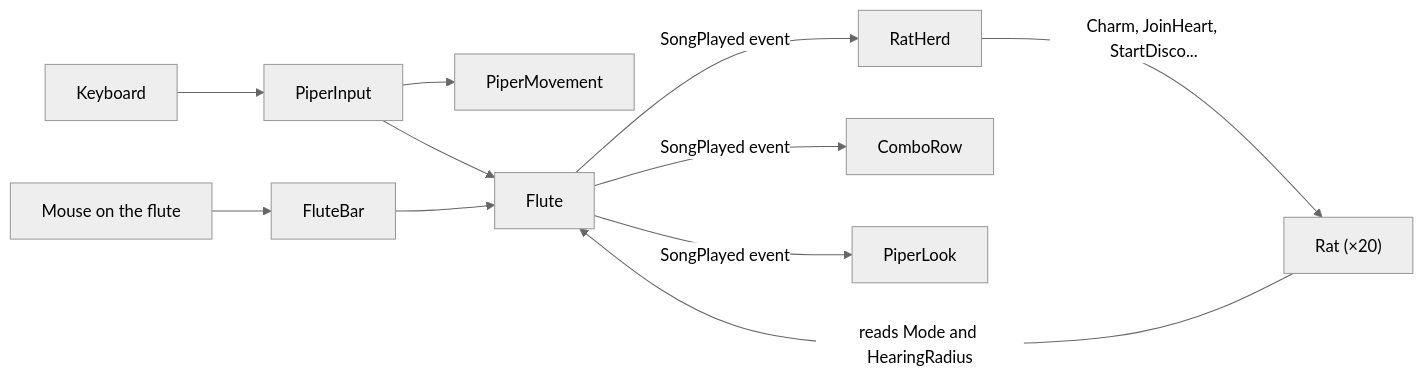
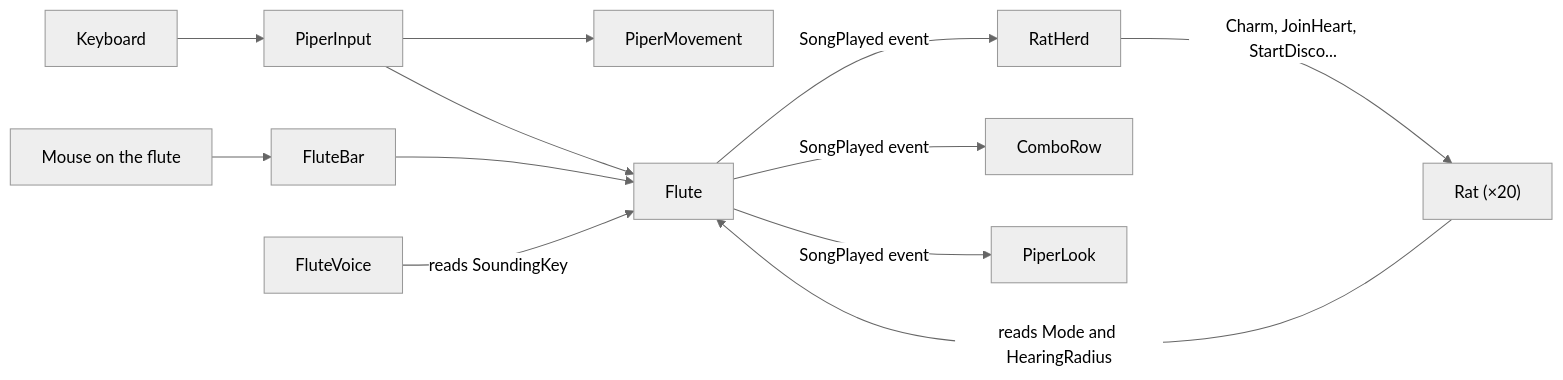
The diagram in Assets/_Project/README.md (EldadStyleZ/DigitalStory---Team6), drawn with Mermaid (neutral theme) before and after one commit. The commit also changed other lines of this file and 35 other files, not shown here.

````diff
--- a/Assets/_Project/README.md
+++ b/Assets/_Project/README.md
@@ -97,13 +101,14 @@
 ```mermaid
 flowchart LR
     Keys["Keyboard"] --> Input["PiperInput"]
     Mouse["Mouse on the flute"] --> Bar["FluteBar"]
     Input --> Move["PiperMovement"]
     Input --> Flute["Flute"]
     Bar --> Flute
     Flute -- "SongPlayed event" --> Herd["RatHerd"]
     Flute -- "SongPlayed event" --> Row["ComboRow"]
     Flute -- "SongPlayed event" --> Look["PiperLook"]
+    Voice["FluteVoice"] -- "reads SoundingKey" --> Flute
     Herd -- "Charm, JoinHeart, StartDisco..." --> Rat["Rat (×20)"]
     Rat -- "reads Mode and HearingRadius" --> Flute
 ```
````
